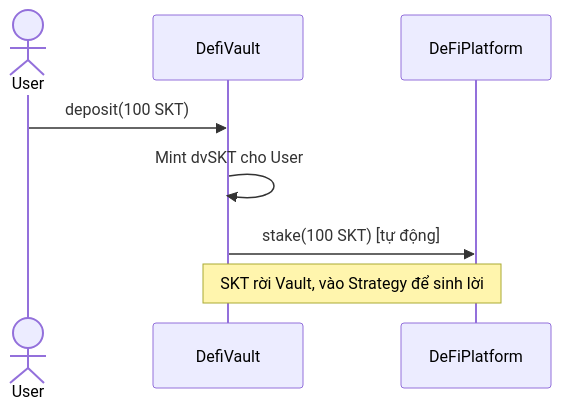
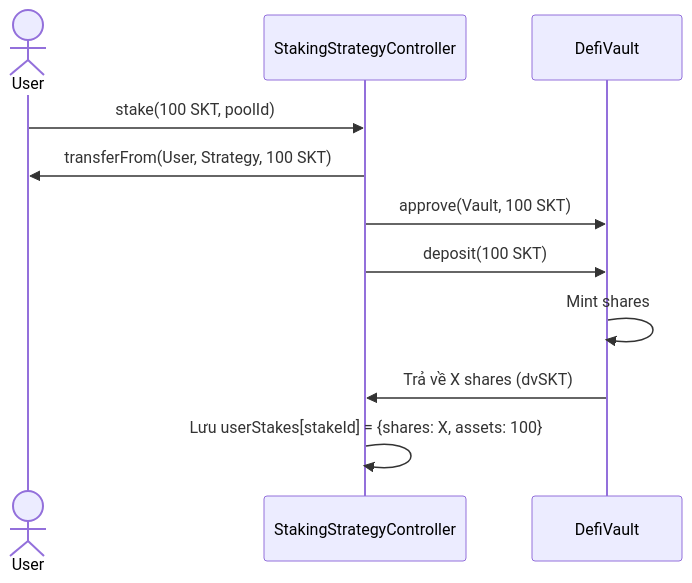
One commit to DuongDaiPhat/com.Defi.DefiWebApp changed the first of 3 diagrams in docs/defi-vault-yield-integration-plan.md. Above: the diagram before and after it, drawn with Mermaid. The commit also changed other lines of this file and 6 other files, not shown here.

Commit message:
docs: add strategy vault implementation plan and gas static report

````diff
--- a/docs/defi-vault-yield-integration-plan.md
+++ b/docs/defi-vault-yield-integration-plan.md
@@ -83,11 +42,14 @@
 ```mermaid
 sequenceDiagram
     actor User
+    participant Strategy as StakingStrategyController
     participant Vault as DefiVault
-    participant Strategy as DeFiPlatform
 
-    User->>Vault: deposit(100 SKT)
-    Vault->>Vault: Mint dvSKT cho User
-    Vault->>Strategy: stake(100 SKT) [tự động]
-    Note over Vault,Strategy: SKT rời Vault, vào Strategy để sinh lời
+    User->>Strategy: stake(100 SKT, poolId)
+    Strategy->>User: transferFrom(User, Strategy, 100 SKT)
+    Strategy->>Vault: approve(Vault, 100 SKT)
+    Strategy->>Vault: deposit(100 SKT)
+    Vault->>Vault: Mint shares
+    Vault->>Strategy: Trả về X shares (dvSKT)
+    Strategy->>Strategy: Lưu userStakes[stakeId] = {shares: X, assets: 100}
 ```
````
